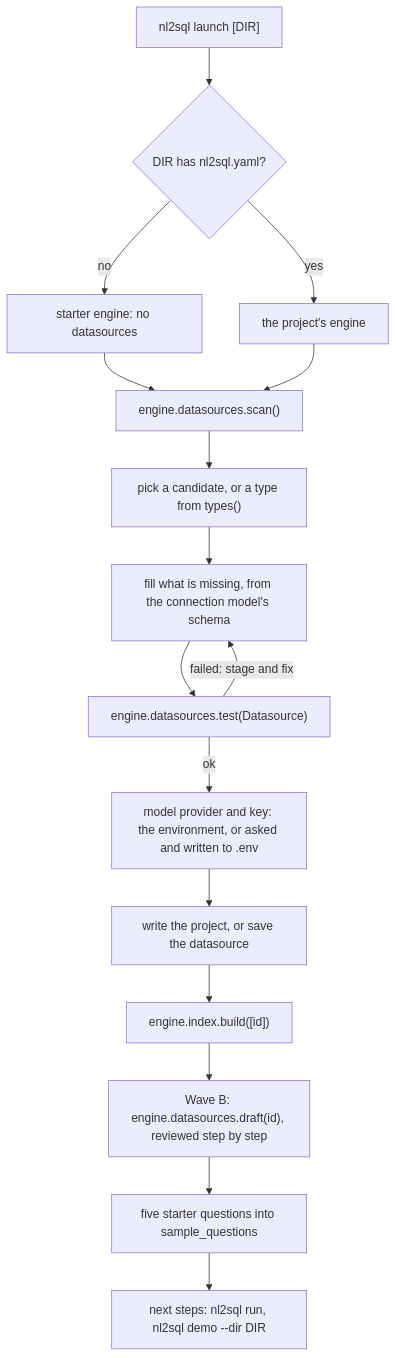
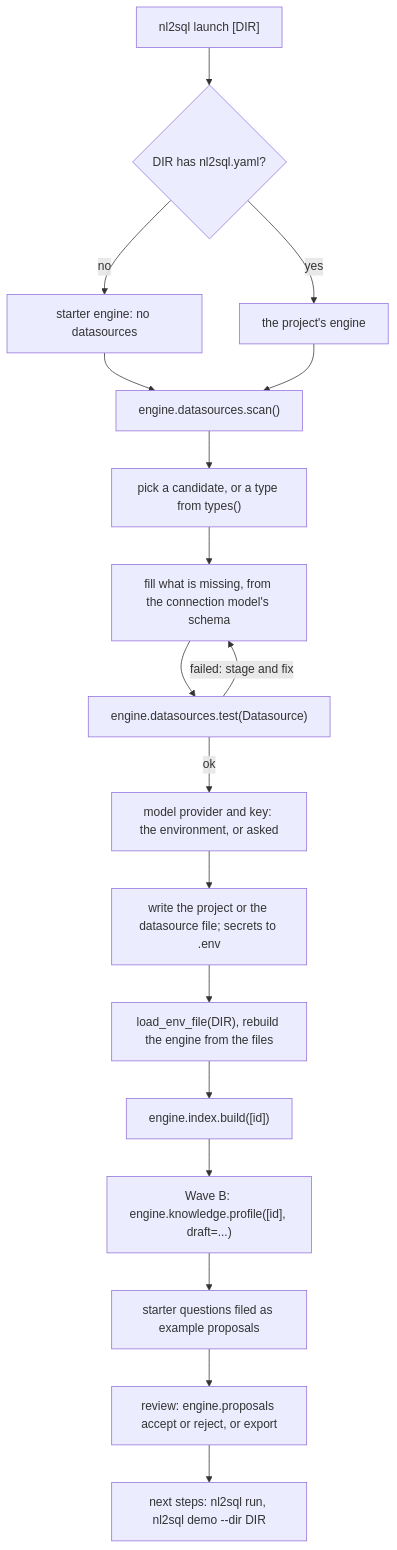
Before and after one commit to nadeem4/nl2sql: the third of 4 diagrams in docs/architecture/wave_c.md, drawn with Mermaid. The commit also changed other lines of this file, not shown here.

Commit message:
docs(architecture): Wave C design, review fixes and alignment with Waves A and B

````diff
--- a/docs/architecture/wave_c.md
+++ b/docs/architecture/wave_c.md
@@ -711,18 +780,20 @@
 ```mermaid
 flowchart TD
   S["nl2sql launch [DIR]"] --> E{"DIR has nl2sql.yaml?"}
   E -->|"no"| NEW["starter engine: no datasources"]
   E -->|"yes"| OLD["the project's engine"]
   NEW --> SC["engine.datasources.scan()"]
   OLD --> SC
   SC --> PICK["pick a candidate, or a type from types()"]
   PICK --> FORM["fill what is missing, from the connection model's schema"]
   FORM --> T["engine.datasources.test(Datasource)"]
   T -->|"failed: stage and fix"| FORM
-  T -->|"ok"| KEY["model provider and key: the environment, or asked and written to .env"]
-  KEY --> W["write the project, or save the datasource"]
-  W --> IX["engine.index.build([id])"]
-  IX --> DR["Wave B: engine.datasources.draft(id), reviewed step by step"]
-  DR --> Q["five starter questions into sample_questions"]
-  Q --> END["next steps: nl2sql run, nl2sql demo --dir DIR"]
+  T -->|"ok"| KEY["model provider and key: the environment, or asked"]
+  KEY --> W["write the project or the datasource file; secrets to .env"]
+  W --> RL["load_env_file(DIR), rebuild the engine from the files"]
+  RL --> IX["engine.index.build([id])"]
+  IX --> PR["Wave B: engine.knowledge.profile([id], draft=...)"]
+  PR --> SQ["starter questions filed as example proposals"]
+  SQ --> RV["review: engine.proposals accept or reject, or export"]
+  RV --> END["next steps: nl2sql run, nl2sql demo --dir DIR"]
 ```
````
